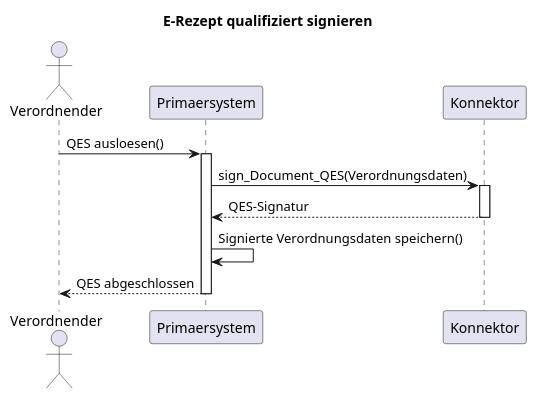
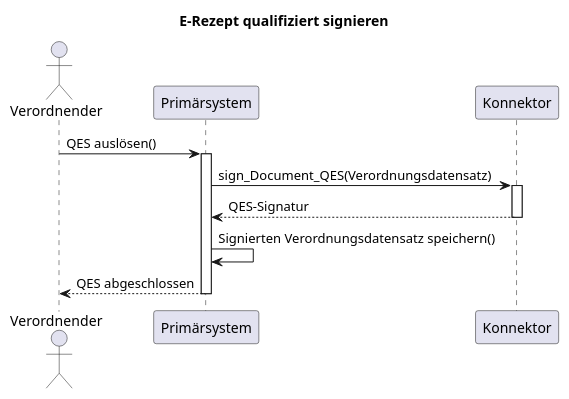
Before and after one commit to gematik/fhir-igs-workflow: the diagram in igs/rx/input/images-source/seq-e-rezept-qualifiziert-signieren.plantuml, drawn with PlantUML. The commit also changed 28 other files, not shown here.

```diff
--- a/igs/rx/input/images-source/seq-e-rezept-qualifiziert-signieren.plantuml
+++ b/igs/rx/input/images-source/seq-e-rezept-qualifiziert-signieren.plantuml
@@ -1,20 +1,20 @@
 @startuml
 title E-Rezept qualifiziert signieren
 
 actor "Verordnender" as V
-participant "Primaersystem" as PS
+participant "Primärsystem" as PS
 participant "Konnektor" as K
 
-V -> PS: QES ausloesen()
+V -> PS: QES auslösen()
 activate PS
 
-PS -> K: sign_Document_QES(Verordnungsdaten)
+PS -> K: sign_Document_QES(Verordnungsdatensatz)
 activate K
 K --> PS: QES-Signatur
 deactivate K
 
-PS -> PS: Signierte Verordnungsdaten speichern()
+PS -> PS: Signierten Verordnungsdatensatz speichern()
 PS --> V: QES abgeschlossen
 deactivate PS
 
 @enduml
```
